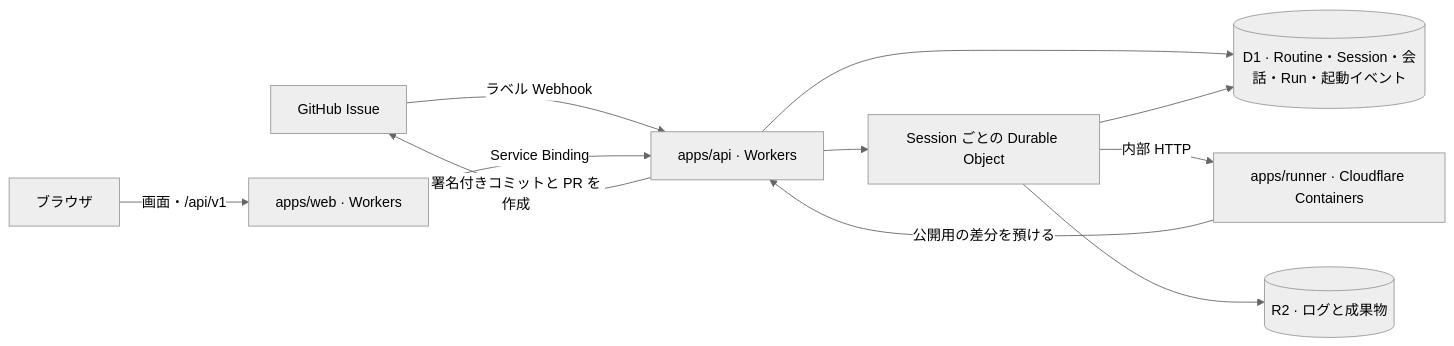
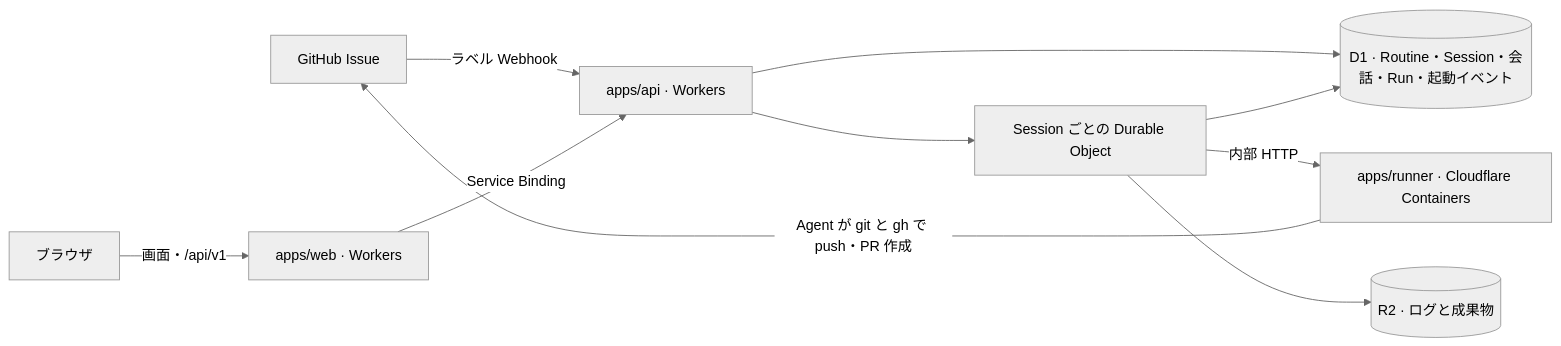
One commit to suzuki3jp/tailos changed the first of 2 diagrams in docs/design.md. Above: the diagram before and after it, drawn with Mermaid (neutral theme). The commit also changed other lines of this file and 44 other files, not shown here.

First line of the commit message:
feat: let the Agent commit, push and open pull requests with git and gh

````diff
--- a/docs/design.md
+++ b/docs/design.md
@@ -24,13 +24,12 @@
 ```mermaid
 flowchart LR
     GitHub[GitHub Issue] -->|ラベル Webhook| API[apps/api · Workers]
     Browser[ブラウザ] -->|画面・/api/v1| Web[apps/web · Workers]
     Web -->|Service Binding| API
     API --> D1[(D1 · Routine・Session・会話・Run・起動イベント)]
     API --> DO[Session ごとの Durable Object]
     DO -->|内部 HTTP| Runner[apps/runner · Cloudflare Containers]
     DO --> D1
     DO --> R2[(R2 · ログと成果物)]
-    Runner -->|公開用の差分を預ける| API
-    API -->|署名付きコミットと PR を作成| GitHub
+    Runner -->|Agent が git と gh で push・PR 作成| GitHub
 ```
````
